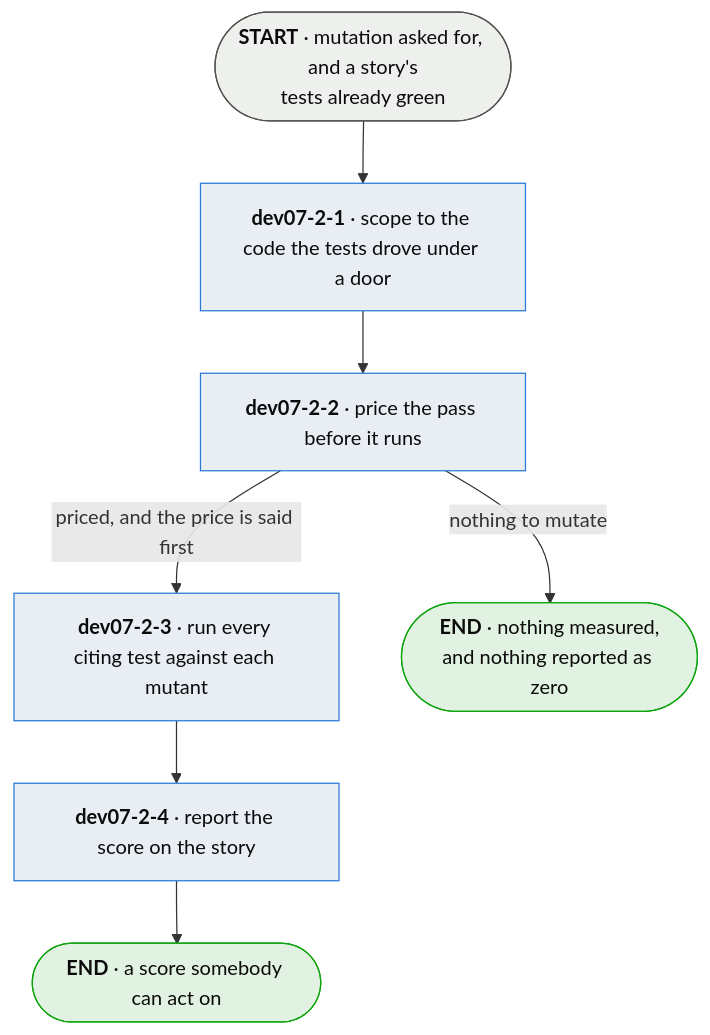
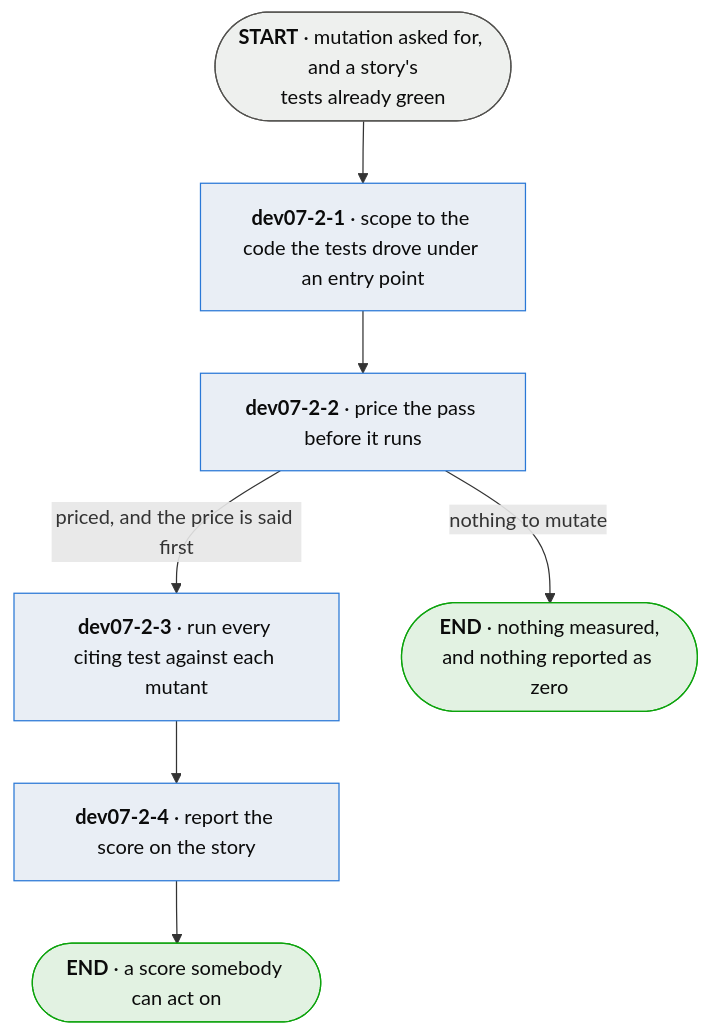
One commit to plumbspec/plumb changed the diagram in spec/diagrams/dev07-2-check-the-tests-bite.md. Above: the diagram before and after it, drawn with Mermaid. The commit also changed other lines of this file and 54 other files, not shown here.

````diff
--- a/spec/diagrams/dev07-2-check-the-tests-bite.md
+++ b/spec/diagrams/dev07-2-check-the-tests-bite.md
@@ -10,21 +10,21 @@
 ```mermaid
 flowchart TD
     IN([<b>START</b> · mutation asked for, and a story's<br/>tests already green]):::terminal
 
-    SCOPE[<b>dev07-2-1</b> · scope to the code the tests drove under a door]:::process
+    SCOPE[<b>dev07-2-1</b> · scope to the code the tests drove under an entry point]:::process
     PRICE[<b>dev07-2-2</b> · price the pass before it runs]:::process
     RUN[<b>dev07-2-3</b> · run every citing test against each mutant]:::process
     SCORE[<b>dev07-2-4</b> · report the score on the story]:::process
 
     NONE([<b>END</b> · nothing measured,<br/>and nothing reported as zero]):::good
     OUT([<b>END</b> · a score somebody can act on]):::good
 
     IN --> SCOPE --> PRICE
     PRICE -->|"nothing to mutate"| NONE
     PRICE -->|"priced, and the price is said first"| RUN
     RUN --> SCORE --> OUT
 
     classDef terminal fill:#eef0ee,stroke:#52514e,color:#0b0b0b;
     classDef process fill:#e9eef5,stroke:#2a78d6,color:#0b0b0b;
     classDef good fill:#e2f2e2,stroke:#0ca30c,color:#0b0b0b;
 ```
````
